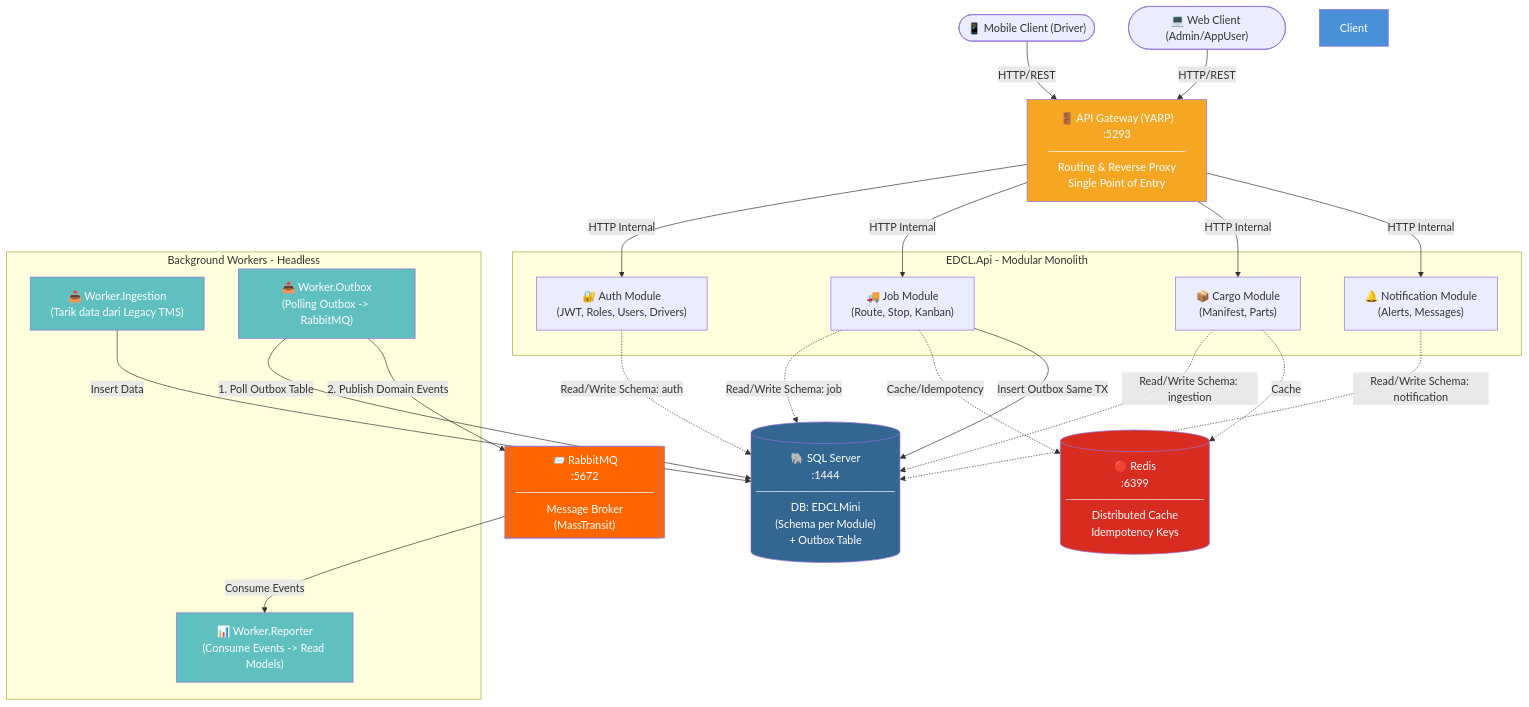
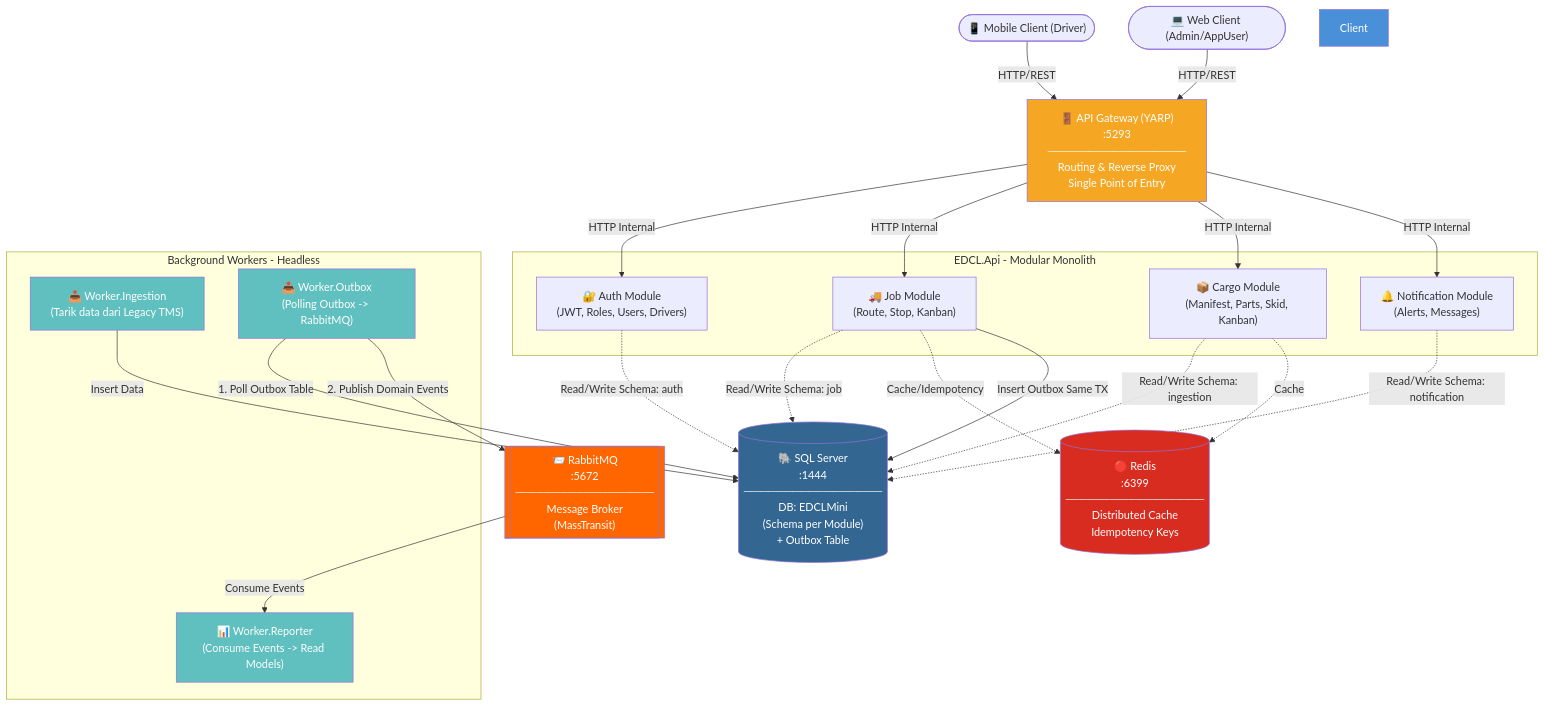
One commit to odealidj/minione-edcl-net changed the diagram in docs/architecture/architecture-overview.md. Above: the diagram before and after it, drawn with Mermaid. The commit also changed 154 other files, not shown here.

Commit message:
feat: add ManifestKanban and ManifestSkid master data to Cargo module, implement paginated Kanban query via Dapper, and update architecture diagram

````diff
--- a/docs/architecture/architecture-overview.md
+++ b/docs/architecture/architecture-overview.md
@@ -11,59 +11,59 @@
 ```mermaid
 graph TD
     DriverClient(["📱 Mobile Client (Driver)"])
     WebClient(["💻 Web Client (Admin/AppUser)"])
     Gateway["🚪 API Gateway (YARP)\n:5293\n─────────────────\nRouting & Reverse Proxy\nSingle Point of Entry"]
     
     subgraph API_Monolith [EDCL.Api - Modular Monolith]
         Auth["🔐 Auth Module\n(JWT, Roles, Users, Drivers)"]
         Job["🚚 Job Module\n(Route, Stop, Kanban)"]
-        Cargo["📦 Cargo Module\n(Manifest, Parts)"]
+        Cargo["📦 Cargo Module\n(Manifest, Parts, Skid, Kanban)"]
         Notif["🔔 Notification Module\n(Alerts, Messages)"]
     end
     
     SQL[("🐘 SQL Server\n:1444\n─────────────────\nDB: EDCLMini\n(Schema per Module)\n+ Outbox Table")]
     Redis[("🔴 Redis\n:6399\n─────────────────\nDistributed Cache\nIdempotency Keys")]
     RabbitMQ[["📨 RabbitMQ\n:5672\n─────────────────\nMessage Broker\n(MassTransit)"]]
     
     subgraph Background_Workers [Background Workers - Headless]
         W_Ingest["📥 Worker.Ingestion\n(Tarik data dari Legacy TMS)"]
         W_Outbox["📤 Worker.Outbox\n(Polling Outbox -> RabbitMQ)"]
         W_Report["📊 Worker.Reporter\n(Consume Events -> Read Models)"]
     end
 
     %% Client Interactions
     DriverClient -->|HTTP/REST| Gateway
     WebClient -->|HTTP/REST| Gateway
     Gateway -->|"HTTP Internal"| Auth
     Gateway -->|"HTTP Internal"| Job
     Gateway -->|"HTTP Internal"| Cargo
     Gateway -->|"HTTP Internal"| Notif
 
     %% Module DB Interactions (Strict Boundaries, No Cross-Schema FKs)
     Auth -.->|Read/Write Schema: auth| SQL
     Job -.->|Read/Write Schema: job| SQL
     Cargo -.->|Read/Write Schema: ingestion| SQL
     Notif -.->|Read/Write Schema: notification| SQL
 
     %% Cache & Idempotency
     Job -.->|Cache/Idempotency| Redis
     Cargo -.->|Cache| Redis
 
     %% Outbox & Event Publishing
     Job -->|Insert Outbox Same TX| SQL
     W_Outbox -->|1. Poll Outbox Table| SQL
     W_Outbox -->|2. Publish Domain Events| RabbitMQ
     
     %% Event Consumption & Integration
     RabbitMQ -->|Consume Events| W_Report
     W_Ingest -->|Insert Data| SQL
     
     style Client fill:#4A90D9,color:#fff
     style Gateway fill:#F5A623,color:#fff
     style SQL fill:#336791,color:#fff
     style Redis fill:#D82C20,color:#fff
     style RabbitMQ fill:#FF6600,color:#fff
     style W_Ingest fill:#60BFBF,color:#fff
     style W_Outbox fill:#60BFBF,color:#fff
     style W_Report fill:#60BFBF,color:#fff
 ```
````
